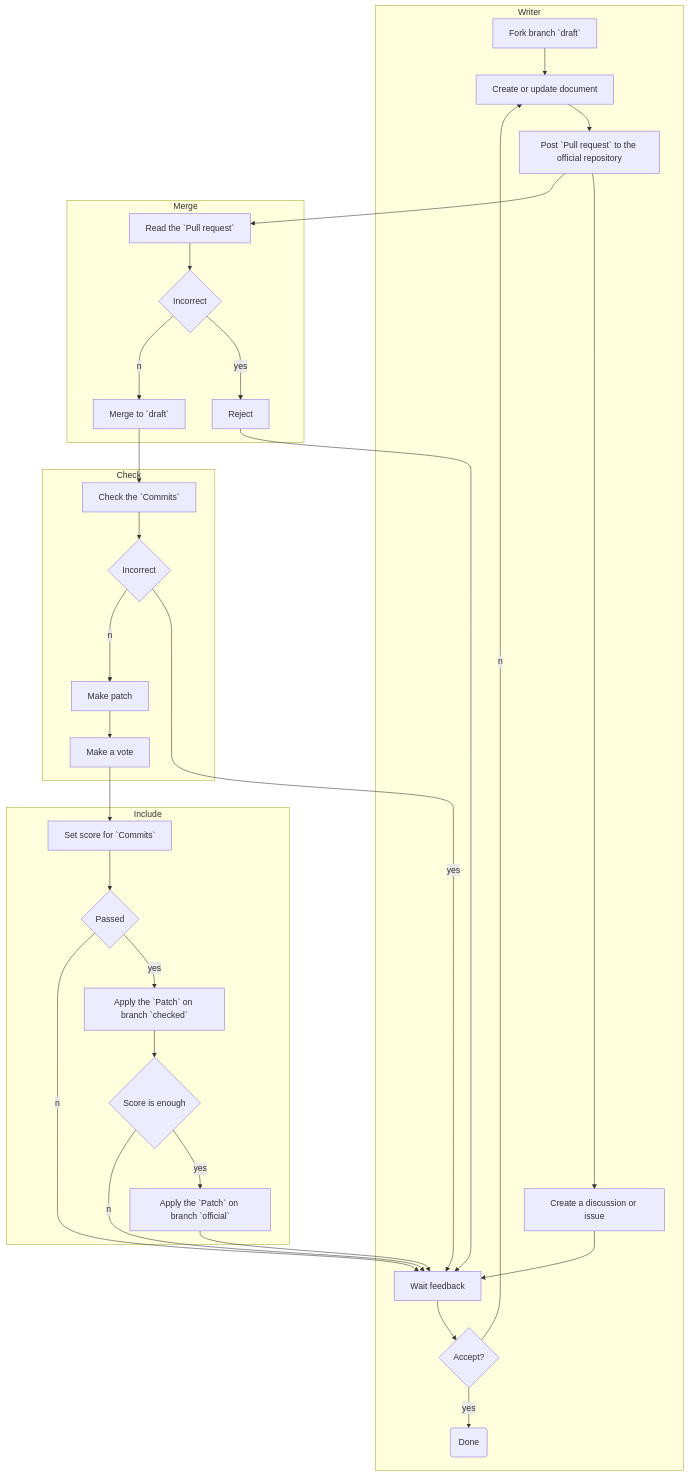
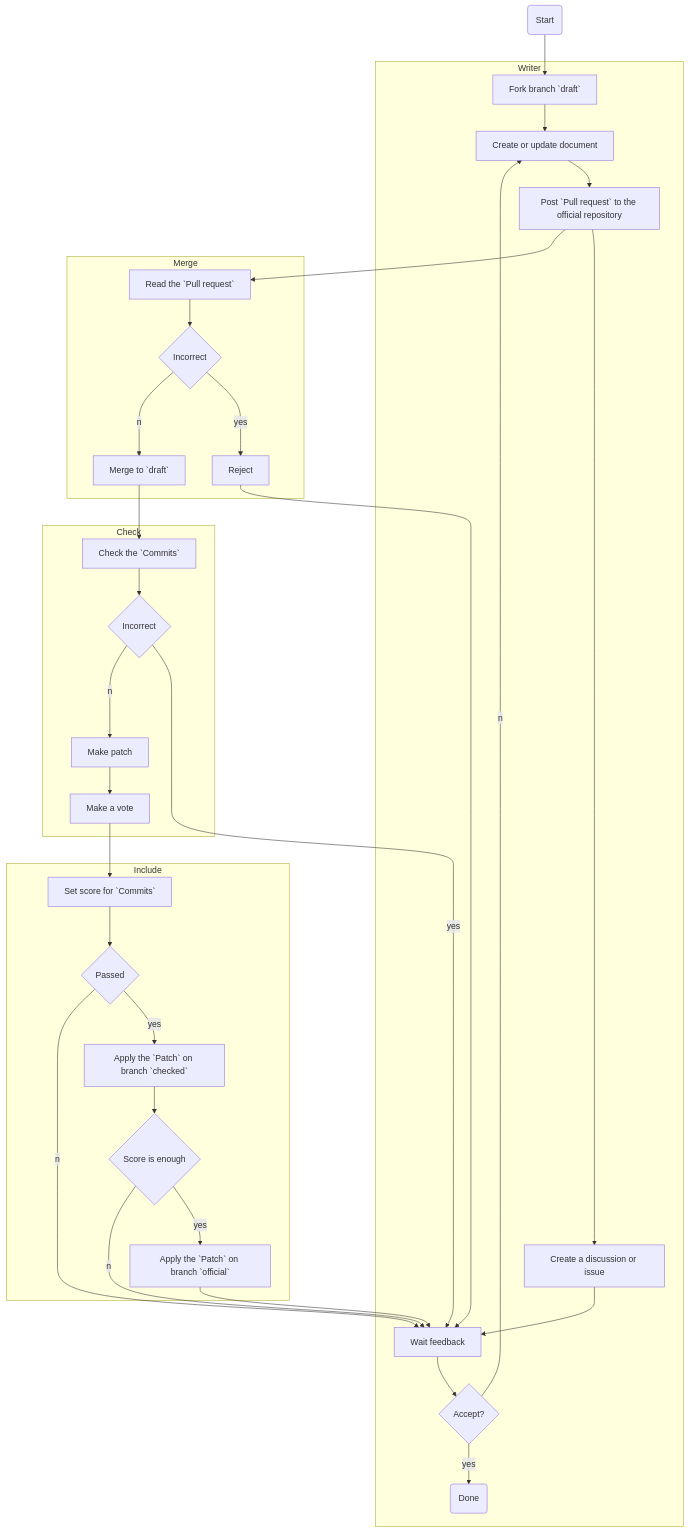
One commit to buckyos/documents changed the first of 2 diagrams in Flowchart.md. Above: the diagram before and after it, drawn with Mermaid.

````diff
--- a/Flowchart.md
+++ b/Flowchart.md
@@ -1,29 +1,31 @@
 ```mermaid
 graph TB
+    Start(Start)-->Fork
+
     subgraph Writer
         Fork[Fork branch `draft`]-->Write[Create or update document]-->Post[Post `Pull request` to the official repository]-->Discuss[Create a discussion or issue]-->Wait[Wait feedback]-->Accept{Accept?}--yes-->Done(Done)
         Accept--no-->Write
     end
 
     Post-->ReadPR
 
     subgraph Merge
         ReadPR[Read the `Pull request`]-->ObviousError{Incorrect}--yes-->Reject[Reject]
         ObviousError--no-->MergeDraft[Merge to `draft`]
     end
 
     Reject-->Wait
     MergeDraft-->CheckContent
 
     subgraph Check
     CheckContent[Check the `Commits`]-->Incorrect{Incorrect}--yes-->Wait
     Incorrect--no-->MakePatch[Make patch]-->MakeVote[Make a vote]
     end
 
     subgraph Include
     MakeVote-->Score[Set score for `Commits`]-->Passed{Passed}--yes-->MergeChecked[Apply the `Patch` on branch `checked`]-->HighScore{Score is enough}--yes-->IncludeOfficial[Apply the `Patch` on branch `official`]-->Wait
     end
 
     HighScore--no-->Wait
     Passed--no-->Wait
 ```
````
